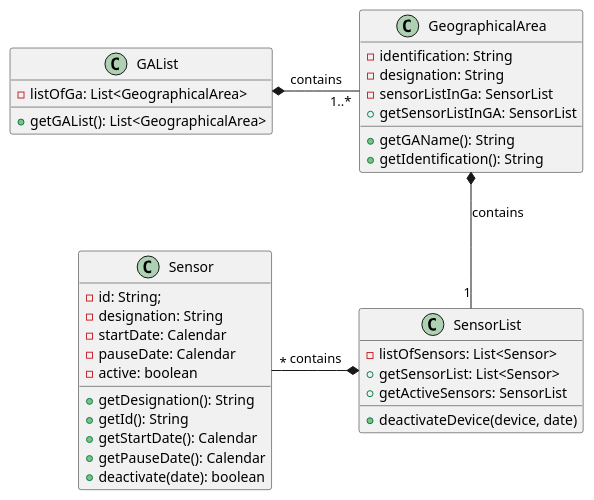
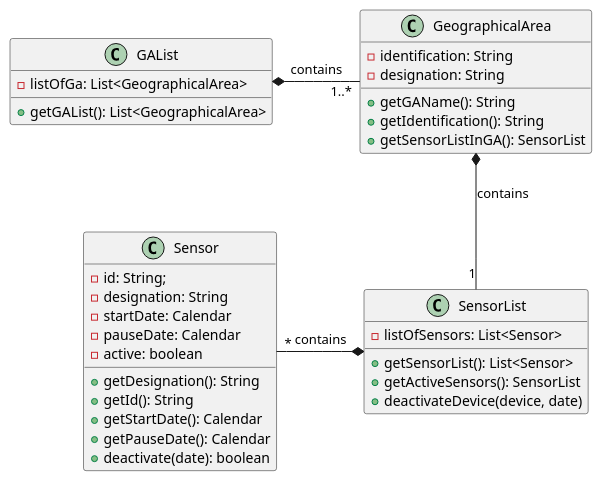
One commit to emanuel-pereira/hou changed the diagram in src/main/java/smarthome/controller/classDiagrams/cd_DeactivateSensor.puml. Above: the diagram before and after it, drawn with PlantUML. The commit also changed 2 other files, not shown here.

Commit message:
Update Diagrams. Ref #119

```diff
--- a/src/main/java/smarthome/controller/classDiagrams/cd_DeactivateSensor.puml
+++ b/src/main/java/smarthome/controller/classDiagrams/cd_DeactivateSensor.puml
@@ -1,45 +1,44 @@
 @startuml
 
 class GAList{
 - listOfGa: List<GeographicalArea>
 + getGAList(): List<GeographicalArea>
 
 }
 
 class GeographicalArea{
 - identification: String
 - designation: String
-- sensorListInGa: SensorList
 + getGAName(): String
 + getIdentification(): String
-+ getSensorListInGA: SensorList
++ getSensorListInGA(): SensorList
 }
 
 
 class SensorList{
 - listOfSensors: List<Sensor>
-+ getSensorList: List<Sensor>
-+ getActiveSensors: SensorList
++ getSensorList(): List<Sensor>
++ getActiveSensors(): SensorList
 + deactivateDevice(device, date)
 }
 
 class Sensor {
 - id: String;
 - designation: String
 - startDate: Calendar
 - pauseDate: Calendar
 - active: boolean
 + getDesignation(): String
 + getId(): String
 + getStartDate(): Calendar
 + getPauseDate(): Calendar
 + deactivate(date): boolean
 }
 
 GAList *- "1..*"GeographicalArea: contains
 GeographicalArea *-- "1"SensorList: contains
 Sensor"*" -* SensorList: contains
 
 
 
 @enduml
```
